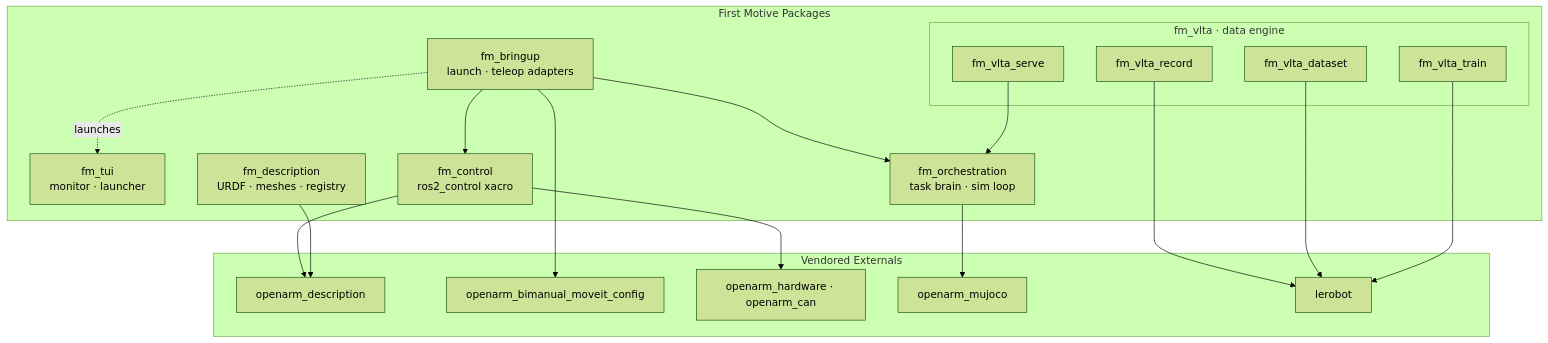
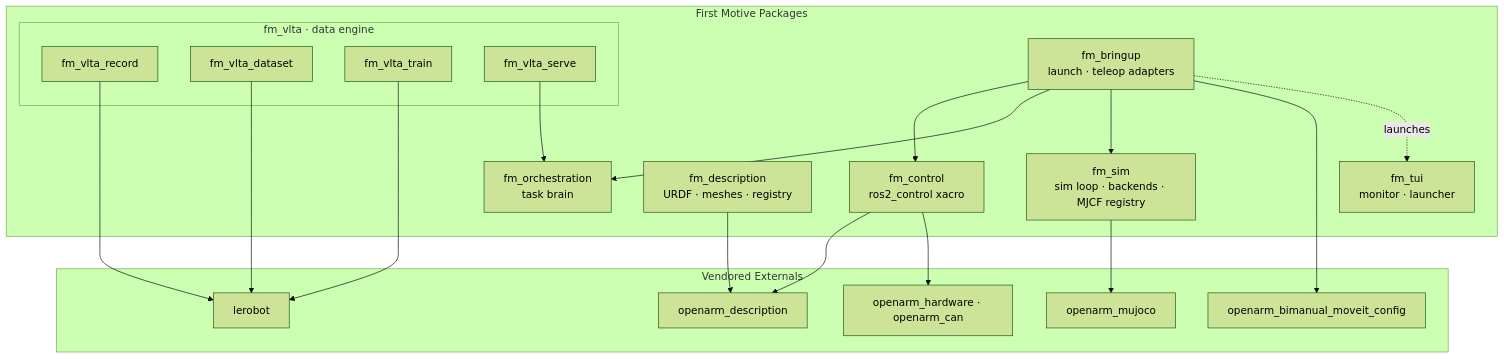
One commit to first-motive/fm-ros2 changed the second of 8 diagrams in docs/ARCHITECTURE.md. Above: the diagram before and after it, drawn with Mermaid (forest theme). The commit also changed other lines of this file and 5 other files, not shown here.

````diff
--- a/docs/ARCHITECTURE.md
+++ b/docs/ARCHITECTURE.md
@@ -69,40 +69,42 @@
 ```mermaid
 flowchart TD
     subgraph fm [First Motive Packages]
         bringup[fm_bringup<br/>launch · teleop adapters]
         tui[fm_tui<br/>monitor · launcher]
 
         subgraph vlta [fm_vlta · data engine]
             record[fm_vlta_record]
             dataset[fm_vlta_dataset]
             train[fm_vlta_train]
             serve[fm_vlta_serve]
         end
 
-        orch[fm_orchestration<br/>task brain · sim loop]
+        orch[fm_orchestration<br/>task brain]
+        sim[fm_sim<br/>sim loop · backends · MJCF registry]
         control[fm_control<br/>ros2_control xacro]
         desc[fm_description<br/>URDF · meshes · registry]
     end
 
     subgraph ext [Vendored Externals]
         oa_desc[openarm_description]
         oa_moveit[openarm_bimanual_moveit_config]
         oa_hw[openarm_hardware · openarm_can]
         oa_mjcf[openarm_mujoco]
         lerobot[lerobot]
     end
 
     bringup --> control
     bringup --> orch
+    bringup --> sim
     bringup --> oa_moveit
     control --> oa_desc
     control --> oa_hw
     desc --> oa_desc
-    orch --> oa_mjcf
+    sim --> oa_mjcf
     serve --> orch
     record --> lerobot
     dataset --> lerobot
     train --> lerobot
 
     bringup -.launches.-> tui
 ```
````
